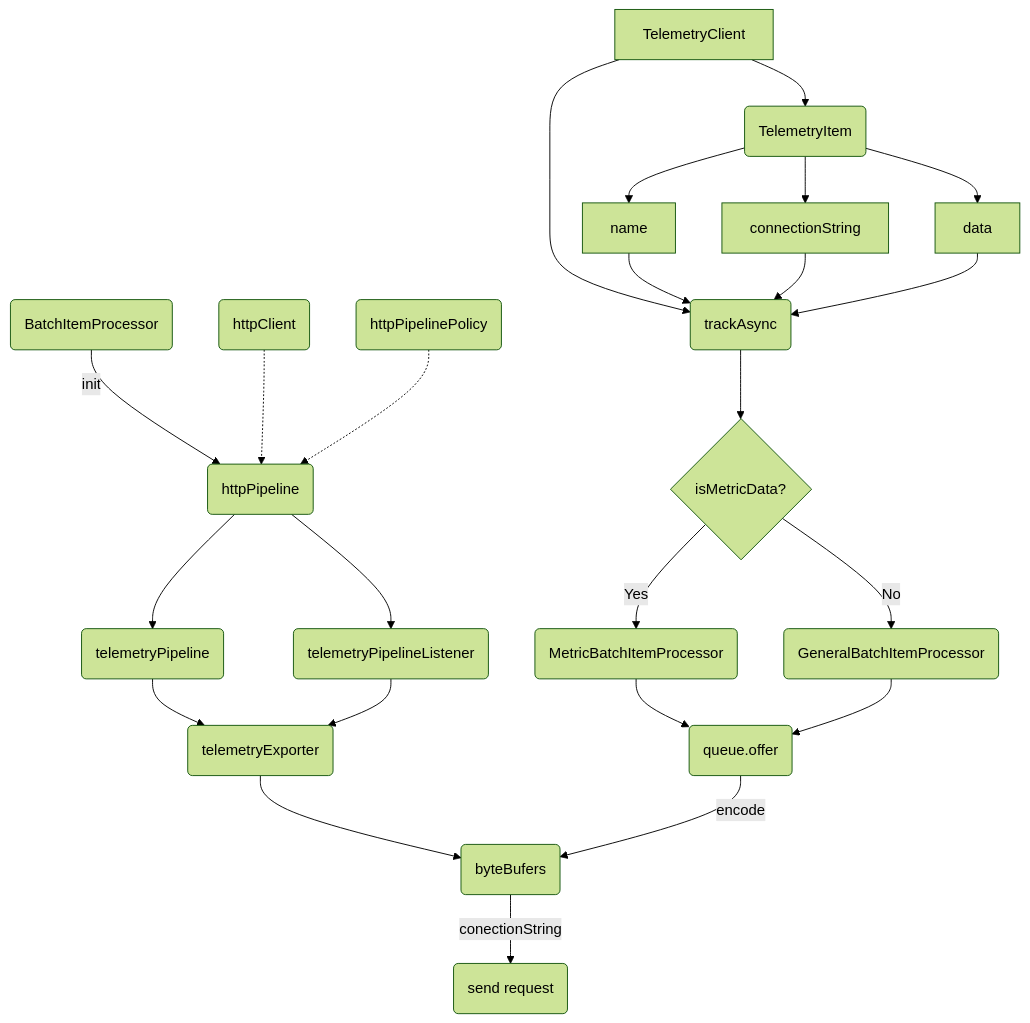
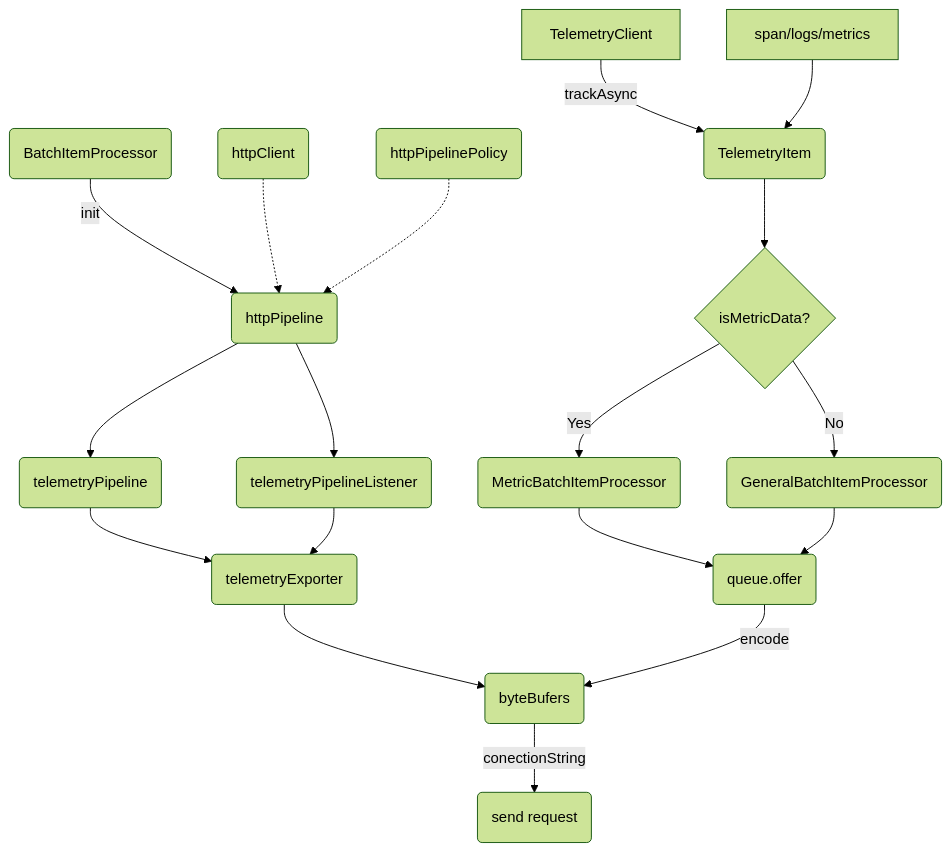
Before and after one commit to LQQ677/ApplicationInsights-Java: the diagram in MyDiagram/telemetryClient.md, drawn with Mermaid (forest theme). The commit also changed 12 other files, not shown here.

````diff
--- a/MyDiagram/telemetryClient.md
+++ b/MyDiagram/telemetryClient.md
@@ -1,33 +1,26 @@
 ```mermaid
 graph TD
-A[TelemetryClient] --> B(TelemetryItem)
-B --> B1[name]
-B --> B2[connectionString]
-B --> B3[data]
-
-A --> C(trackAsync)
-B1 --> C
-B2 --> C
-B3 --> C
+A[TelemetryClient] --> |trackAsync|C(TelemetryItem)
+B1[span/logs/metrics] --> C
 
 C --> D{isMetricData?}
 D --> |Yes|E(MetricBatchItemProcessor)
 D --> |No|F(GeneralBatchItemProcessor)
 
 E --> G(queue.offer)
 F --> G
 
 H(BatchItemProcessor) --> |init|I(httpPipeline)
 I --> I1(telemetryPipeline)
 I --> I2(telemetryPipelineListener)
 I1 --> I3(telemetryExporter)
 I2 --> I3
 I3 --> J(byteBufers)
 G --> |encode|J
 J --> |conectionString|J1(send request)
 
 K1(httpClient) -.-> I
 K2(httpPipelinePolicy) -.-> I
 
 
 ```
````
